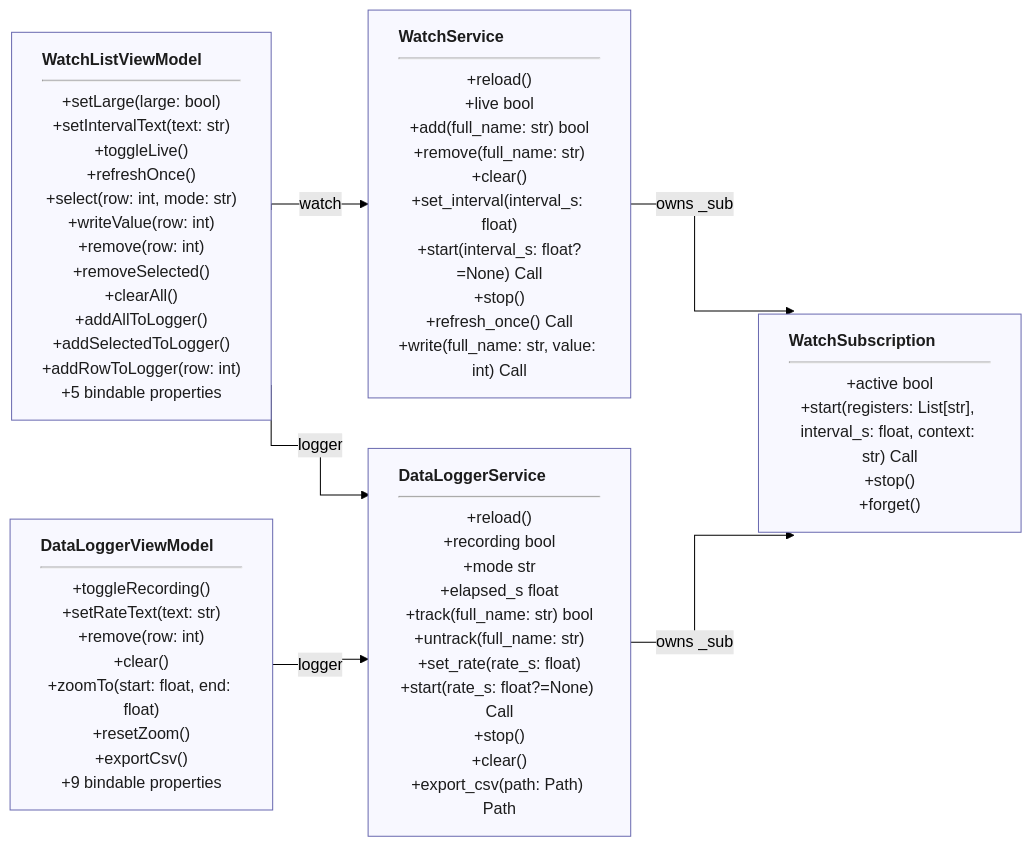
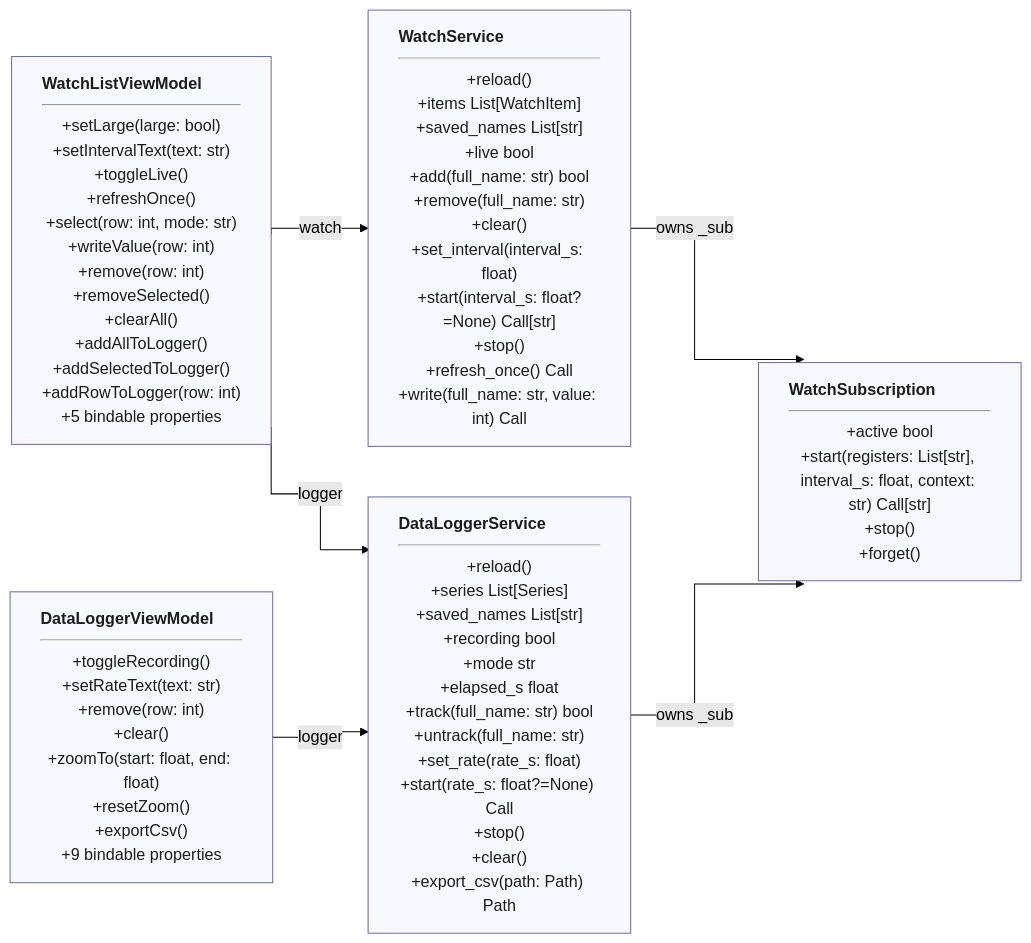
Diagram 14 of 30 in docs/ARCHITECTURE.md (ShoyonK/sample_ui), drawn with Mermaid (forest theme) before and after one commit. The commit also changed other lines of this file and 315 other files, not shown here.

````diff
--- a/docs/ARCHITECTURE.md
+++ b/docs/ARCHITECTURE.md
@@ -450,16 +474,16 @@
 ```mermaid
 %%{init: {"flowchart": {"curve": "stepBefore"}}}%%
 flowchart LR
     classDef box text-align:left,fill:#f8f8ff,stroke:#6a6ab0,color:#1c1c1c
     classDef stub fill:#ffffff,stroke:#6a6ab0,stroke-dasharray:4 3,color:#1c1c1c
-    WatchService["<b>WatchService</b><hr/>+reload()<br/>+live bool<br/>+add(full_name: str) bool<br/>+remove(full_name: str)<br/>+clear()<br/>+set_interval(interval_s: float)<br/>+start(interval_s: float?=None) Call<br/>+stop()<br/>+refresh_once() Call<br/>+write(full_name: str, value: int) Call"]:::box
-    DataLoggerService["<b>DataLoggerService</b><hr/>+reload()<br/>+recording bool<br/>+mode str<br/>+elapsed_s float<br/>+track(full_name: str) bool<br/>+untrack(full_name: str)<br/>+set_rate(rate_s: float)<br/>+start(rate_s: float?=None) Call<br/>+stop()<br/>+clear()<br/>+export_csv(path: Path) Path"]:::box
-    WatchSubscription["<b>WatchSubscription</b><hr/>+active bool<br/>+start(registers: List[str], interval_s: float, context: str) Call<br/>+stop()<br/>+forget()"]:::box
+    WatchService["<b>WatchService</b><hr/>+reload()<br/>+items List[WatchItem]<br/>+saved_names List[str]<br/>+live bool<br/>+add(full_name: str) bool<br/>+remove(full_name: str)<br/>+clear()<br/>+set_interval(interval_s: float)<br/>+start(interval_s: float?=None) Call[str]<br/>+stop()<br/>+refresh_once() Call<br/>+write(full_name: str, value: int) Call"]:::box
+    DataLoggerService["<b>DataLoggerService</b><hr/>+reload()<br/>+series List[Series]<br/>+saved_names List[str]<br/>+recording bool<br/>+mode str<br/>+elapsed_s float<br/>+track(full_name: str) bool<br/>+untrack(full_name: str)<br/>+set_rate(rate_s: float)<br/>+start(rate_s: float?=None) Call<br/>+stop()<br/>+clear()<br/>+export_csv(path: Path) Path"]:::box
+    WatchSubscription["<b>WatchSubscription</b><hr/>+active bool<br/>+start(registers: List[str], interval_s: float, context: str) Call[str]<br/>+stop()<br/>+forget()"]:::box
     WatchListViewModel["<b>WatchListViewModel</b><hr/>+setLarge(large: bool)<br/>+setIntervalText(text: str)<br/>+toggleLive()<br/>+refreshOnce()<br/>+select(row: int, mode: str)<br/>+writeValue(row: int)<br/>+remove(row: int)<br/>+removeSelected()<br/>+clearAll()<br/>+addAllToLogger()<br/>+addSelectedToLogger()<br/>+addRowToLogger(row: int)<br/>+5 bindable properties"]:::box
     DataLoggerViewModel["<b>DataLoggerViewModel</b><hr/>+toggleRecording()<br/>+setRateText(text: str)<br/>+remove(row: int)<br/>+clear()<br/>+zoomTo(start: float, end: float)<br/>+resetZoom()<br/>+exportCsv()<br/>+9 bindable properties"]:::box
     WatchListViewModel -->|"watch"| WatchService
     WatchListViewModel -->|"logger"| DataLoggerService
     DataLoggerViewModel -->|"logger"| DataLoggerService
     WatchService -->|"owns _sub"| WatchSubscription
     DataLoggerService -->|"owns _sub"| WatchSubscription
 ```
````
